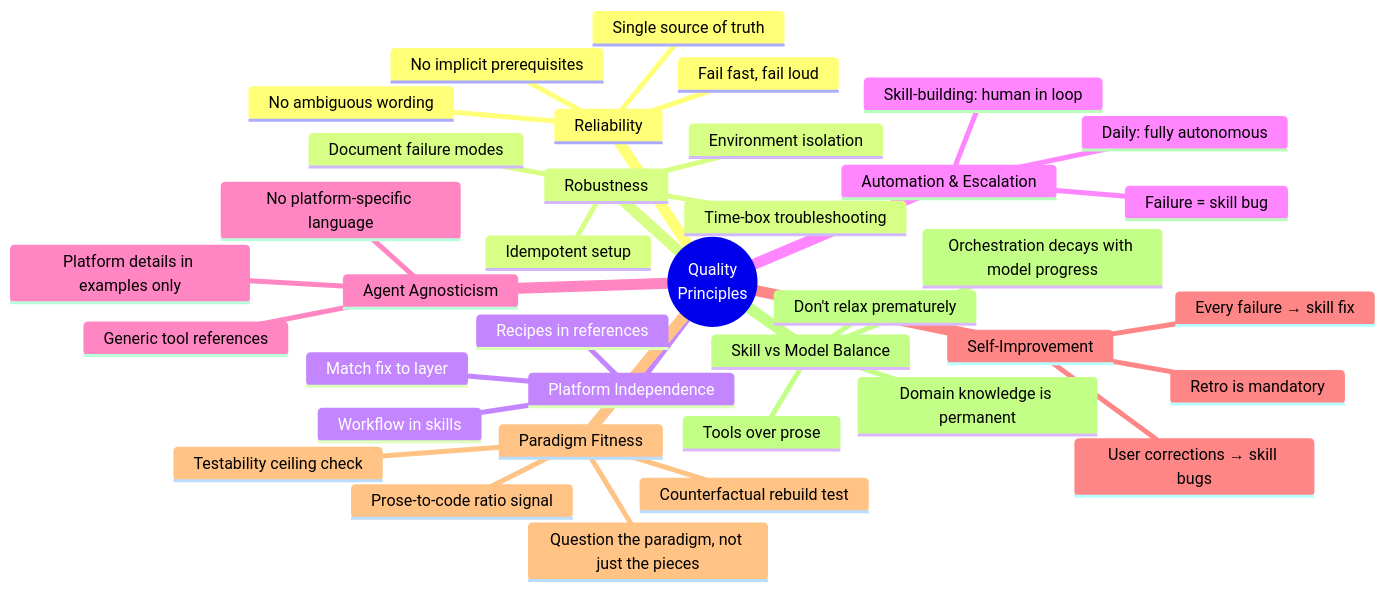
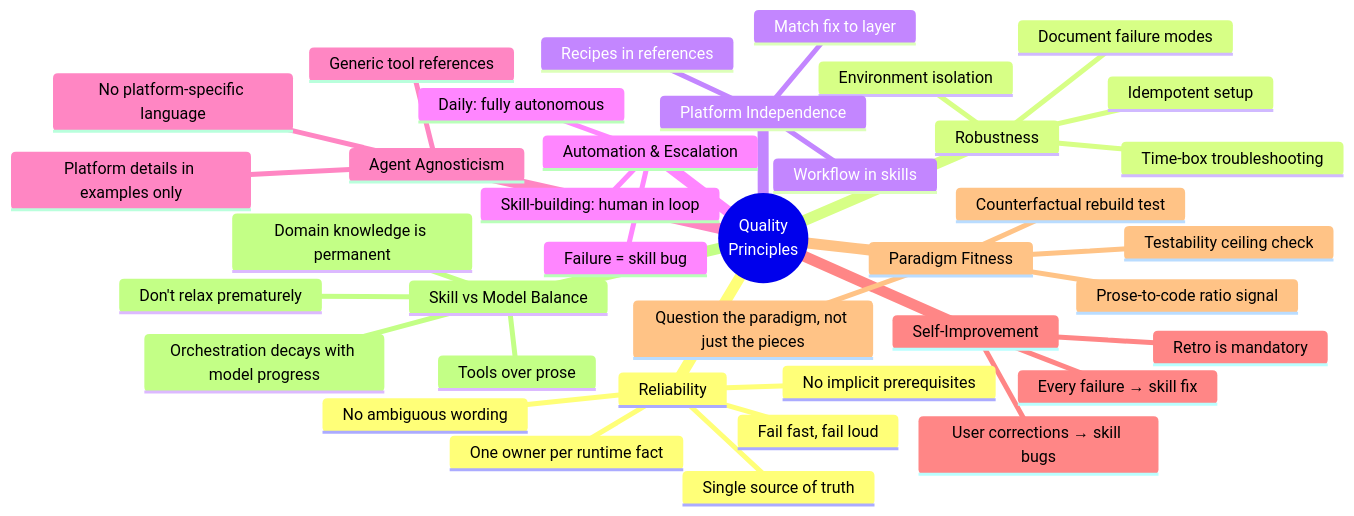
One commit to souliane/skills changed the first of 3 diagrams in ac-reviewing-codebase/references/quality-principles.md. Above: the diagram before and after it, drawn with Mermaid. The commit also changed other lines of this file and 2 other files, not shown here.

First paragraph of the commit message:
feat(review): add runtime-state single-source-of-truth architectural smell (#29)
## Why

````diff
--- a/ac-reviewing-codebase/references/quality-principles.md
+++ b/ac-reviewing-codebase/references/quality-principles.md
@@ -5,40 +5,41 @@
 ```mermaid
 mindmap
   root((Quality<br/>Principles))
     Reliability
       No implicit prerequisites
       No ambiguous wording
       Fail fast, fail loud
       Single source of truth
+      One owner per runtime fact
     Robustness
       Document failure modes
       Time-box troubleshooting
       Environment isolation
       Idempotent setup
     Platform Independence
       Workflow in skills
       Recipes in references
       Match fix to layer
     Automation & Escalation
       Daily: fully autonomous
       Skill-building: human in loop
       Failure = skill bug
     Agent Agnosticism
       No platform-specific language
       Generic tool references
       Platform details in examples only
     Self-Improvement
       Every failure → skill fix
       Retro is mandatory
       User corrections → skill bugs
     Paradigm Fitness
       Question the paradigm, not just the pieces
       Counterfactual rebuild test
       Prose-to-code ratio signal
       Testability ceiling check
     Skill vs Model Balance
       Domain knowledge is permanent
       Orchestration decays with model progress
       Tools over prose
       Don't relax prematurely
 ```
````
